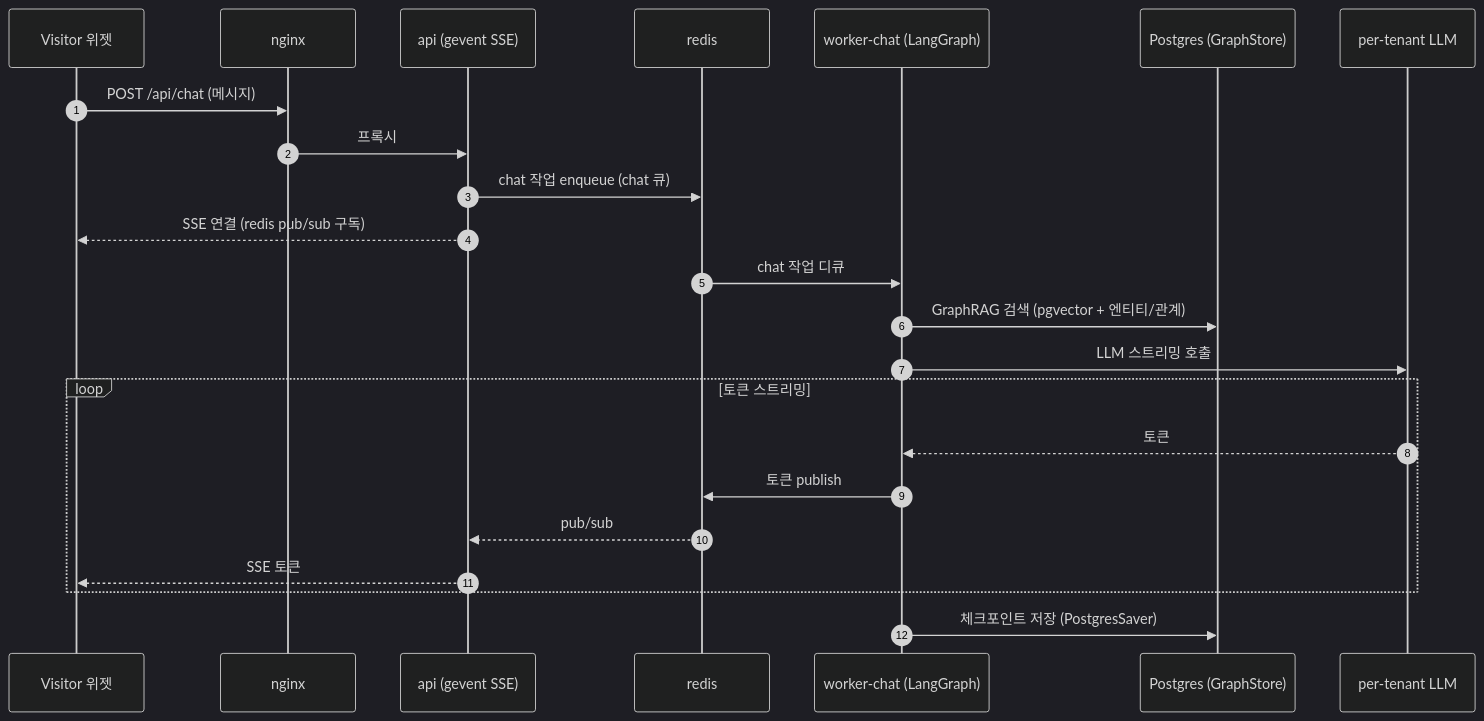
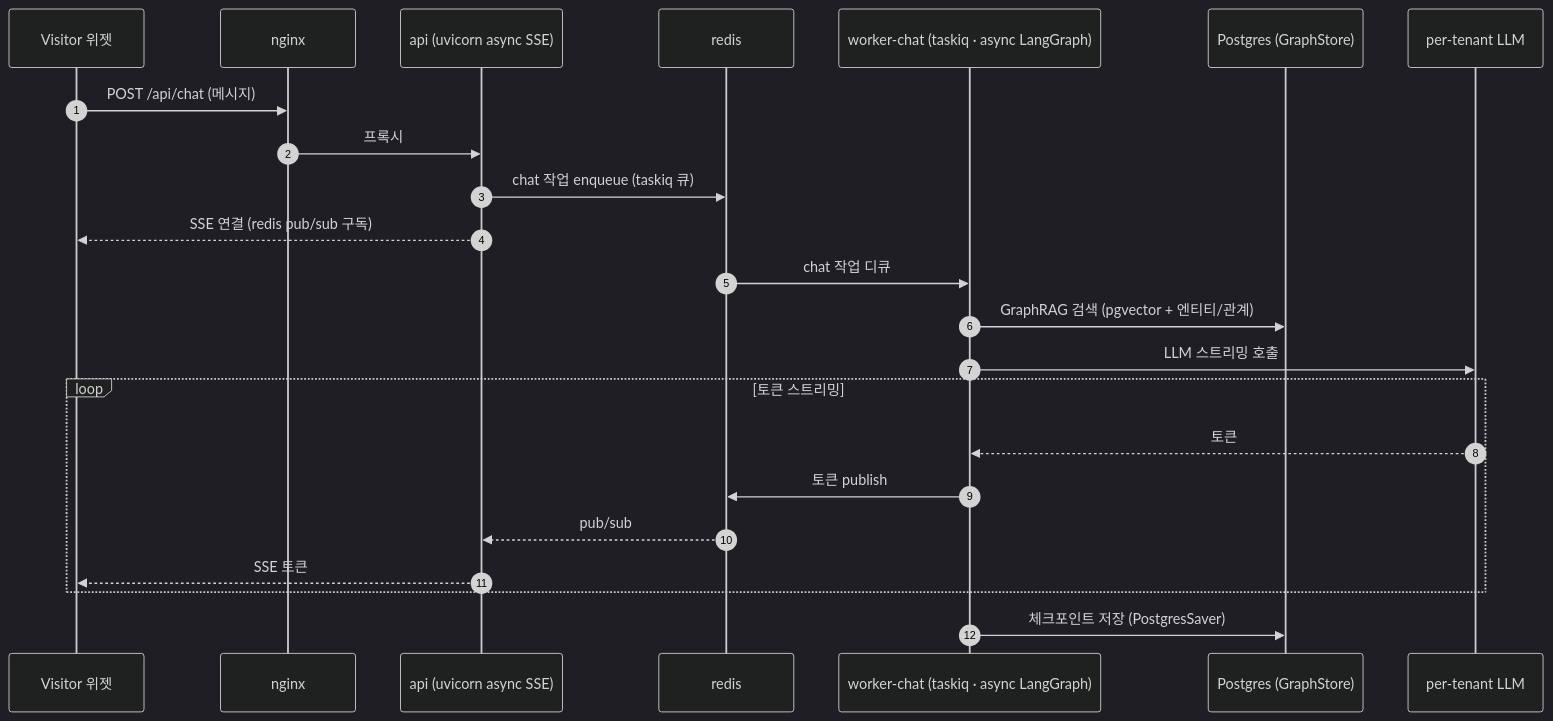
The second of 4 diagrams in docs/architecture.md (sandcorporation/embed-chat), drawn with Mermaid (dark theme) before and after one commit. The commit also changed other lines of this file and 3 other files, not shown here.

First line of the commit message:
docs(async): uvicorn/taskiq 전환 반영 — README·아키텍처·배포 (issue 196)

````diff
--- a/docs/architecture.md
+++ b/docs/architecture.md
@@ -90,26 +93,26 @@
 ```mermaid
 sequenceDiagram
   autonumber
   participant V as Visitor 위젯
   participant N as nginx
-  participant A as api (gevent SSE)
+  participant A as api (uvicorn async SSE)
   participant R as redis
-  participant WC as worker-chat (LangGraph)
+  participant WC as worker-chat (taskiq · async LangGraph)
   participant DB as Postgres (GraphStore)
   participant L as per-tenant LLM
 
   V->>N: POST /api/chat (메시지)
   N->>A: 프록시
-  A->>R: chat 작업 enqueue (chat 큐)
+  A->>R: chat 작업 enqueue (taskiq 큐)
   A-->>V: SSE 연결 (redis pub/sub 구독)
   R->>WC: chat 작업 디큐
   WC->>DB: GraphRAG 검색 (pgvector + 엔티티/관계)
   WC->>L: LLM 스트리밍 호출
   loop 토큰 스트리밍
     L-->>WC: 토큰
     WC->>R: 토큰 publish
     R-->>A: pub/sub
     A-->>V: SSE 토큰
   end
   WC->>DB: 체크포인트 저장 (PostgresSaver)
 ```
````
